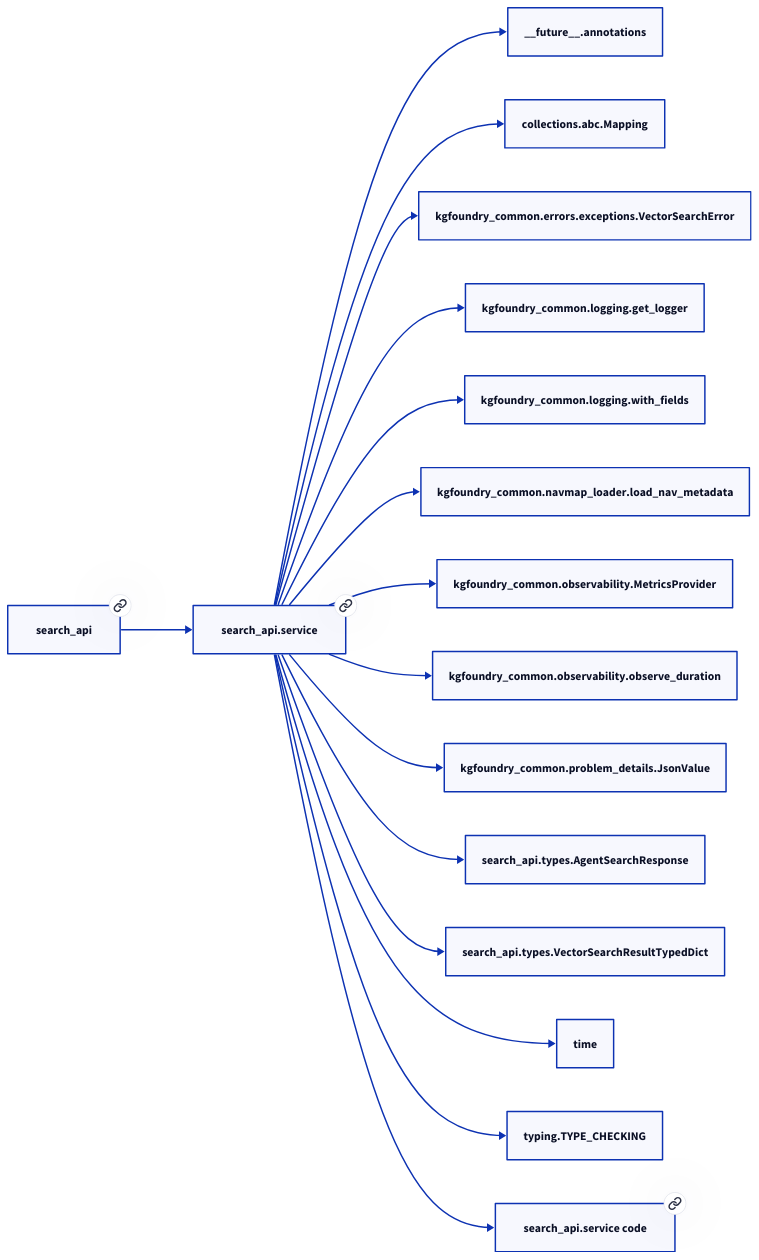
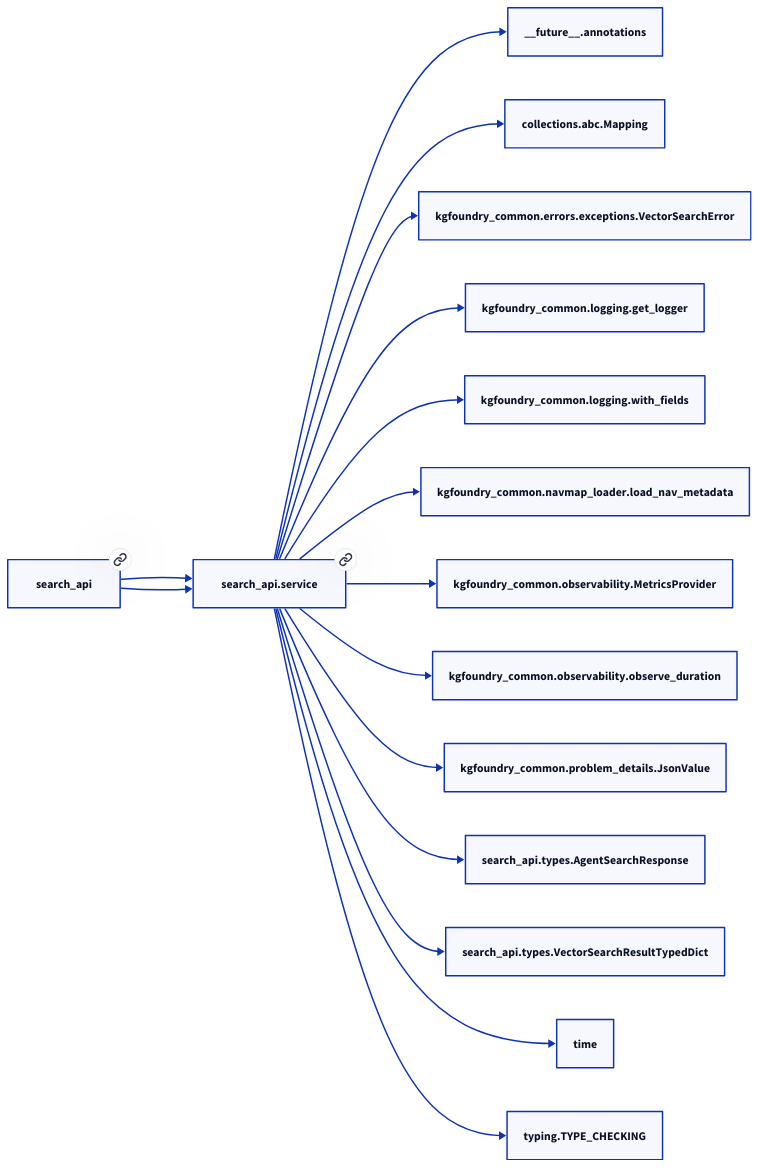
Before and after one commit to paul-heyse/kgforge: the diagram in docs/modules/search_api/service.md, drawn with D2. The commit also changed other lines of this file and 208 other files, not shown here.

````diff
--- a/docs/modules/search_api/service.md
+++ b/docs/modules/search_api/service.md
@@ -43,34 +47,33 @@
 ```d2
 direction: right
-"search_api.service": "search_api.service" { link: "./search_api/service.md" }
+"search_api.service": "search_api.service" { link: "https://github.com/paul-heyse/kgfoundry/blob/main/src/search_api/service.py" }
 "__future__.annotations": "__future__.annotations"
 "search_api.service" -> "__future__.annotations"
 "collections.abc.Mapping": "collections.abc.Mapping"
 "search_api.service" -> "collections.abc.Mapping"
 "kgfoundry_common.errors.exceptions.VectorSearchError": "kgfoundry_common.errors.exceptions.VectorSearchError"
 "search_api.service" -> "kgfoundry_common.errors.exceptions.VectorSearchError"
 "kgfoundry_common.logging.get_logger": "kgfoundry_common.logging.get_logger"
 "search_api.service" -> "kgfoundry_common.logging.get_logger"
 "kgfoundry_common.logging.with_fields": "kgfoundry_common.logging.with_fields"
 "search_api.service" -> "kgfoundry_common.logging.with_fields"
 "kgfoundry_common.navmap_loader.load_nav_metadata": "kgfoundry_common.navmap_loader.load_nav_metadata"
 "search_api.service" -> "kgfoundry_common.navmap_loader.load_nav_metadata"
 "kgfoundry_common.observability.MetricsProvider": "kgfoundry_common.observability.MetricsProvider"
 "search_api.service" -> "kgfoundry_common.observability.MetricsProvider"
 "kgfoundry_common.observability.observe_duration": "kgfoundry_common.observability.observe_duration"
 "search_api.service" -> "kgfoundry_common.observability.observe_duration"
 "kgfoundry_common.problem_details.JsonValue": "kgfoundry_common.problem_details.JsonValue"
 "search_api.service" -> "kgfoundry_common.problem_details.JsonValue"
 "search_api.types.AgentSearchResponse": "search_api.types.AgentSearchResponse"
 "search_api.service" -> "search_api.types.AgentSearchResponse"
 "search_api.types.VectorSearchResultTypedDict": "search_api.types.VectorSearchResultTypedDict"
 "search_api.service" -> "search_api.types.VectorSearchResultTypedDict"
 "time": "time"
 "search_api.service" -> "time"
 "typing.TYPE_CHECKING": "typing.TYPE_CHECKING"
 "search_api.service" -> "typing.TYPE_CHECKING"
-"search_api": "search_api" { link: "./search_api.md" }
+"search_api": "search_api" { link: "https://github.com/paul-heyse/kgfoundry/blob/main/src/search_api/__init__.py" }
 "search_api" -> "search_api.service"
-"search_api.service_code": "search_api.service code" { link: "https://github.com/kgfoundry/kgfoundry/blob/main/src/search_api/service.py" }
-"search_api.service" -> "search_api.service_code" { style: dashed }
+"search_api" -> "search_api.service" { style: dashed }
 ```
````
